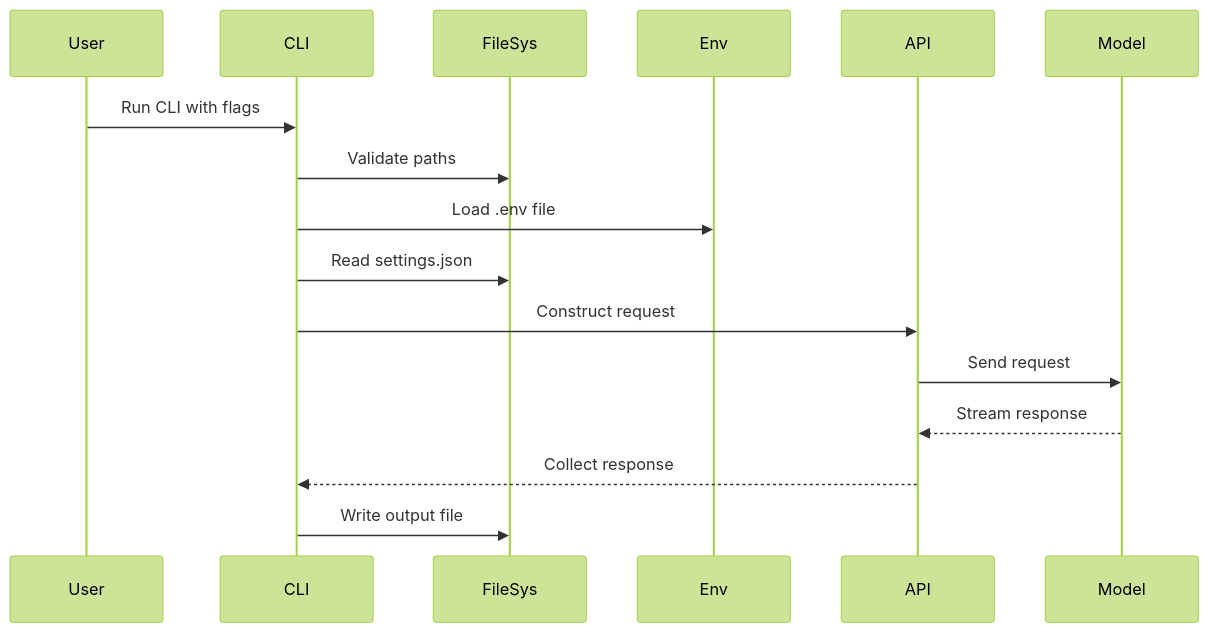
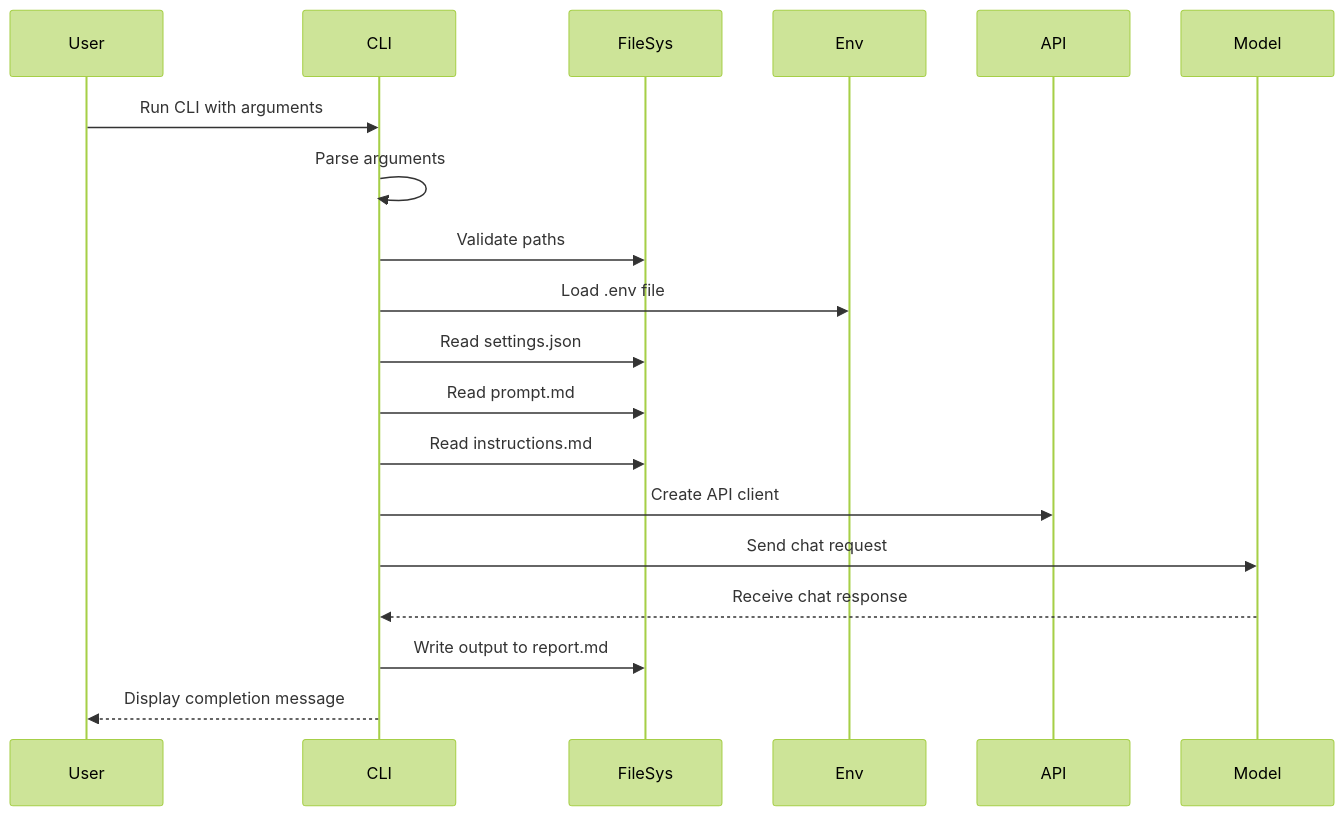
Before and after one commit to sea-monkeys/bob: the first of 2 diagrams in samples/explain-this-code/report.md, drawn with Mermaid (forest theme). The commit also changed other lines of this file and 1 other file, not shown here.

````diff
--- a/samples/explain-this-code/report.md
+++ b/samples/explain-this-code/report.md
@@ -38,19 +25,22 @@
 ```mermaid
 sequenceDiagram
     participant User
     participant CLI
     participant FileSys
     participant Env
     participant API
     participant Model
 
-    User->>CLI: Run CLI with flags
+    User->>CLI: Run CLI with arguments
+    CLI->>CLI: Parse arguments
     CLI->>FileSys: Validate paths
     CLI->>Env: Load .env file
     CLI->>FileSys: Read settings.json
-    CLI->>API: Construct request
-    API->>Model: Send request
-    Model-->>API: Stream response
-    API-->>CLI: Collect response
-    CLI->>FileSys: Write output file
+    CLI->>FileSys: Read prompt.md
+    CLI->>FileSys: Read instructions.md
+    CLI->>API: Create API client
+    CLI->>Model: Send chat request
+    Model-->>CLI: Receive chat response
+    CLI->>FileSys: Write output to report.md
+    CLI-->>User: Display completion message
 ```
````
